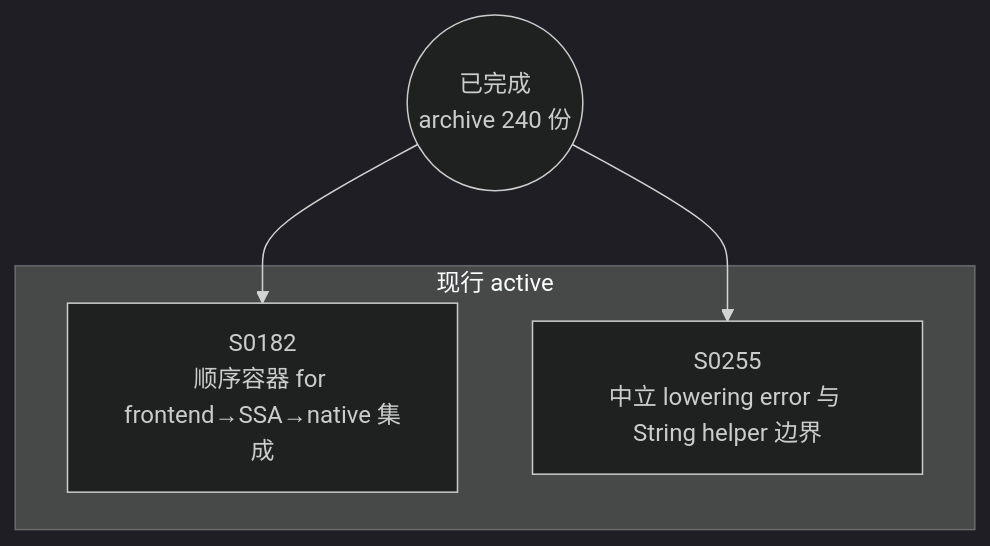
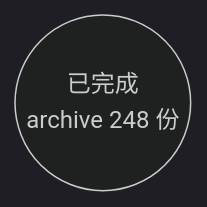
One commit to Halckon/Koven changed the diagram in docs/specs/dependency-graph.md. Above: the diagram before and after it, drawn with Mermaid (dark theme). The commit also changed other lines of this file and 38 other files, not shown here.

````diff
--- a/docs/specs/dependency-graph.md
+++ b/docs/specs/dependency-graph.md
@@ -9,10 +9,4 @@
 ```mermaid
 flowchart TD
-ARCH(("已完成<br/>archive 240 份"))
-subgraph Gactive["现行 active"]
-  S0182["S0182<br/>顺序容器 for frontend→SSA→native 集成"]
-  S0255["S0255<br/>中立 lowering error 与 String helper 边界"]
-end
-ARCH --> S0182
-ARCH --> S0255
+ARCH(("已完成<br/>archive 248 份"))
 ```
````
